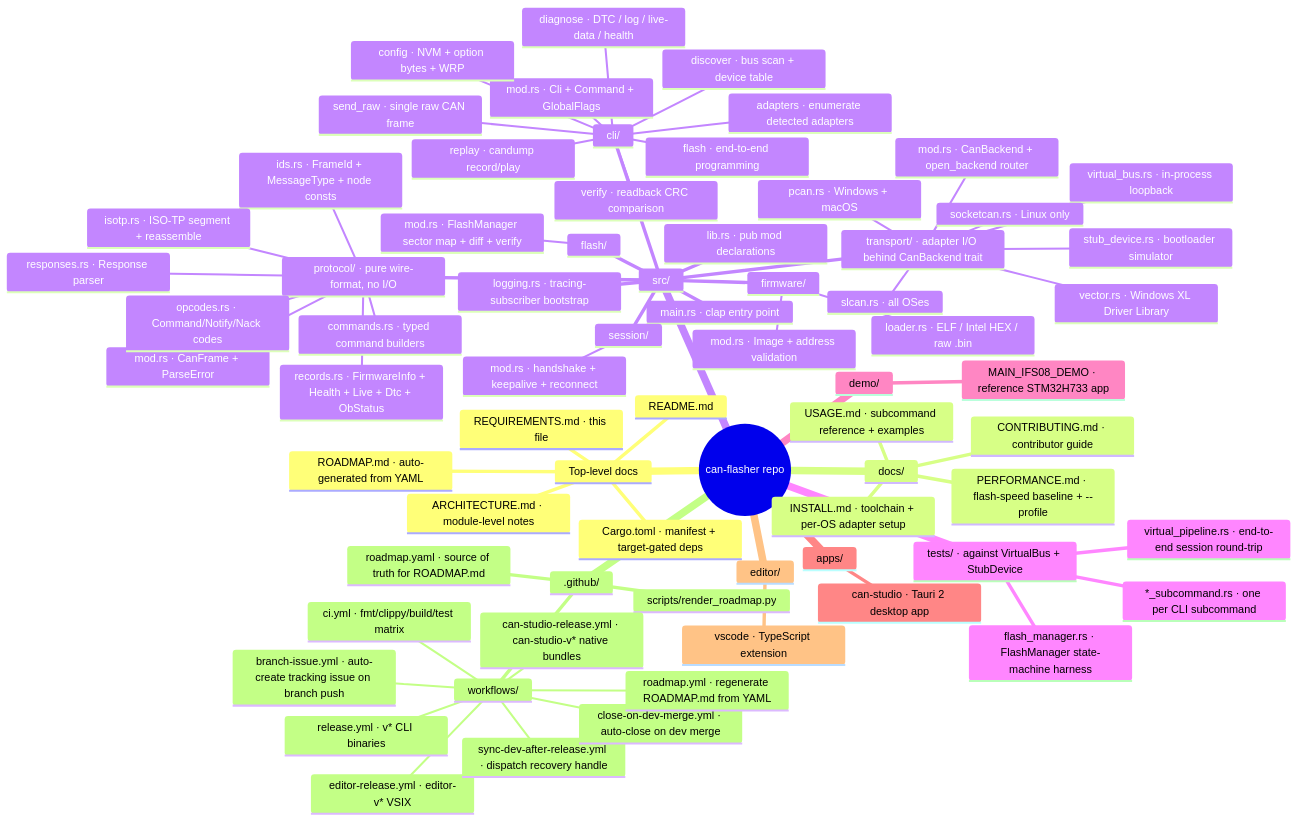
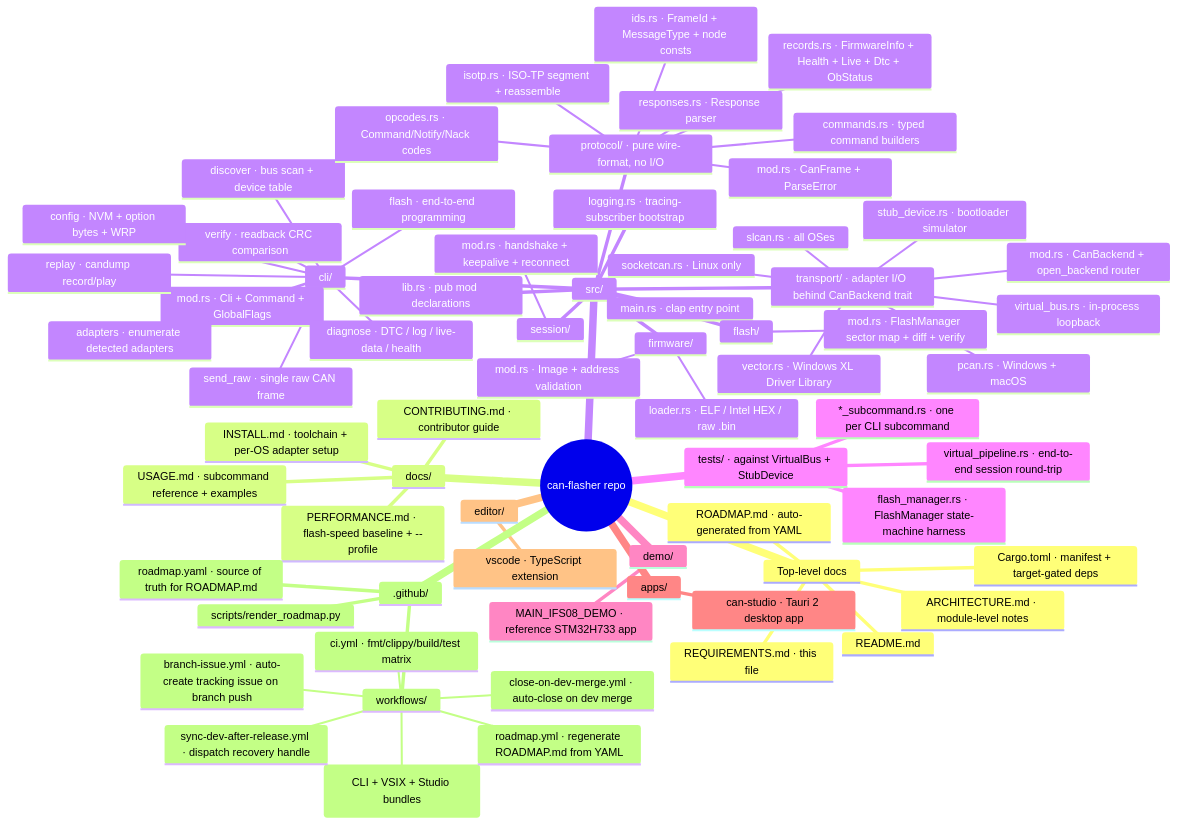
One commit to isc-fs/MingoCAN changed the diagram in REQUIREMENTS.md. Above: the diagram before and after it, drawn with Mermaid. The commit also changed 15 other files, not shown here.

````diff
--- a/REQUIREMENTS.md
+++ b/REQUIREMENTS.md
@@ -1221,74 +1221,72 @@
 ```mermaid
 mindmap
   root((can-flasher repo))
     Top-level docs
       Cargo.toml · manifest + target-gated deps
       README.md
       ARCHITECTURE.md · module-level notes
       REQUIREMENTS.md · this file
       ROADMAP.md · auto-generated from YAML
     docs/
       INSTALL.md · toolchain + per-OS adapter setup
       USAGE.md · subcommand reference + examples
       CONTRIBUTING.md · contributor guide
       PERFORMANCE.md · flash-speed baseline + --profile
     src/
       lib.rs · pub mod declarations
       main.rs · clap entry point
       logging.rs · tracing-subscriber bootstrap
       cli/
         mod.rs · Cli + Command + GlobalFlags
         adapters · enumerate detected adapters
         flash · end-to-end programming
         verify · readback CRC comparison
         discover · bus scan + device table
         diagnose · DTC / log / live-data / health
         config · NVM + option bytes + WRP
         replay · candump record/play
         send_raw · single raw CAN frame
       protocol/ · pure wire-format, no I/O
         mod.rs · CanFrame + ParseError
         ids.rs · FrameId + MessageType + node consts
         opcodes.rs · Command/Notify/Nack codes
         isotp.rs · ISO-TP segment + reassemble
         records.rs · FirmwareInfo + Health + Live + Dtc + ObStatus
         commands.rs · typed command builders
         responses.rs · Response parser
       transport/ · adapter I/O behind CanBackend trait
         mod.rs · CanBackend + open_backend router
         virtual_bus.rs · in-process loopback
         stub_device.rs · bootloader simulator
         slcan.rs · all OSes
         socketcan.rs · Linux only
         pcan.rs · Windows + macOS
         vector.rs · Windows XL Driver Library
       session/
         mod.rs · handshake + keepalive + reconnect
       firmware/
         mod.rs · Image + address validation
         loader.rs · ELF / Intel HEX / raw .bin
       flash/
         mod.rs · FlashManager sector map + diff + verify
     tests/ · against VirtualBus + StubDevice
       virtual_pipeline.rs · end-to-end session round-trip
       flash_manager.rs · FlashManager state-machine harness
       *_subcommand.rs · one per CLI subcommand
     demo/
       MAIN_IFS08_DEMO · reference STM32H733 app
     apps/
       can-studio · Tauri 2 desktop app
     editor/
       vscode · TypeScript extension
     .github/
       roadmap.yaml · source of truth for ROADMAP.md
       scripts/render_roadmap.py
       workflows/
         ci.yml · fmt/clippy/build/test matrix
-        release.yml · v* CLI binaries
-        editor-release.yml · editor-v* VSIX
-        can-studio-release.yml · can-studio-v* native bundles
+        release.yml · v* unified release (CLI + VSIX + Studio bundles)
         sync-dev-after-release.yml · dispatch recovery handle
         branch-issue.yml · auto-create tracking issue on branch push
         close-on-dev-merge.yml · auto-close on dev merge
         roadmap.yml · regenerate ROADMAP.md from YAML
 ```
````
